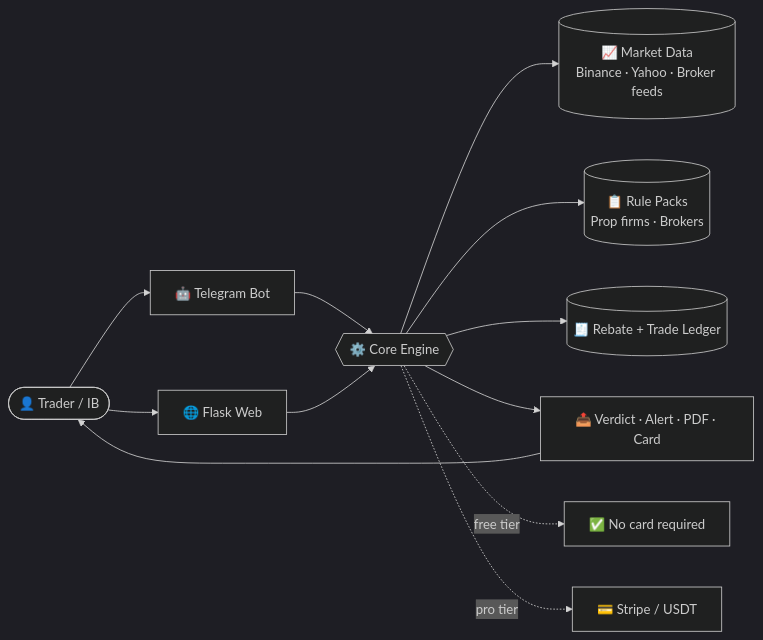
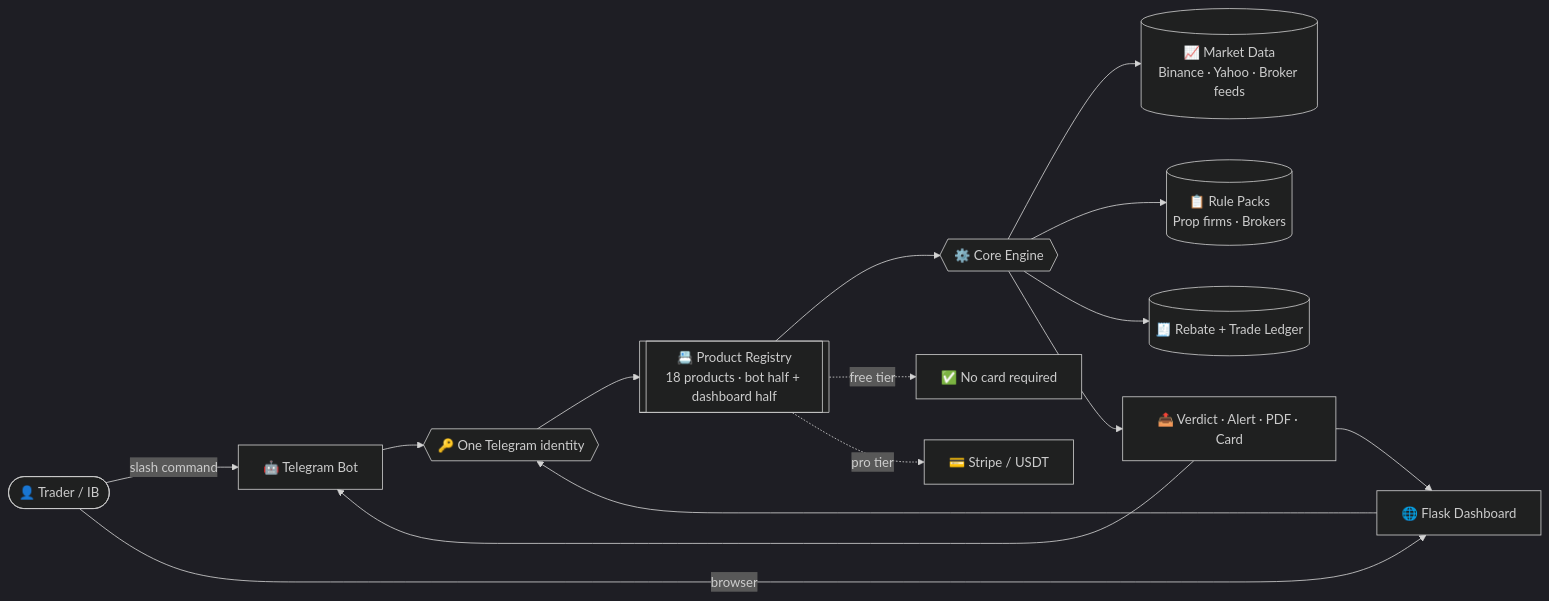
Before and after one commit to printezy247/sambangold-products: the first of 2 diagrams in README.md, drawn with Mermaid (dark theme). The commit also changed other lines of this file and 38 other files, not shown here.

First line of the commit message:
feat: every product ships a Telegram bot and a dashboard

````diff
--- a/README.md
+++ b/README.md
@@ -42,14 +42,17 @@
 ```mermaid
 flowchart LR
-    U([👤 Trader / IB]) --> TG[🤖 Telegram Bot]
-    U --> WEB[🌐 Flask Web]
-    TG --> CORE{{⚙️ Core Engine}}
-    WEB --> CORE
+    U([👤 Trader / IB]) -->|slash command| TG[🤖 Telegram Bot]
+    U -->|browser| WEB[🌐 Flask Dashboard]
+    TG --> AUTH{{🔑 One Telegram identity}}
+    WEB --> AUTH
+    AUTH --> REG[[📇 Product Registry<br/>18 products · bot half + dashboard half]]
+    REG --> CORE{{⚙️ Core Engine}}
     CORE --> MD[(📈 Market Data<br/>Binance · Yahoo · Broker feeds)]
     CORE --> RULES[(📋 Rule Packs<br/>Prop firms · Brokers)]
     CORE --> LEDGER[(🧾 Rebate + Trade Ledger)]
     CORE --> OUT[📤 Verdict · Alert · PDF · Card]
-    OUT --> U
-    CORE -.free tier.-> FREE[✅ No card required]
-    CORE -.pro tier.-> PAY[💳 Stripe / USDT]
+    OUT --> TG
+    OUT --> WEB
+    REG -.free tier.-> FREE[✅ No card required]
+    REG -.pro tier.-> PAY[💳 Stripe / USDT]
 ```
````
